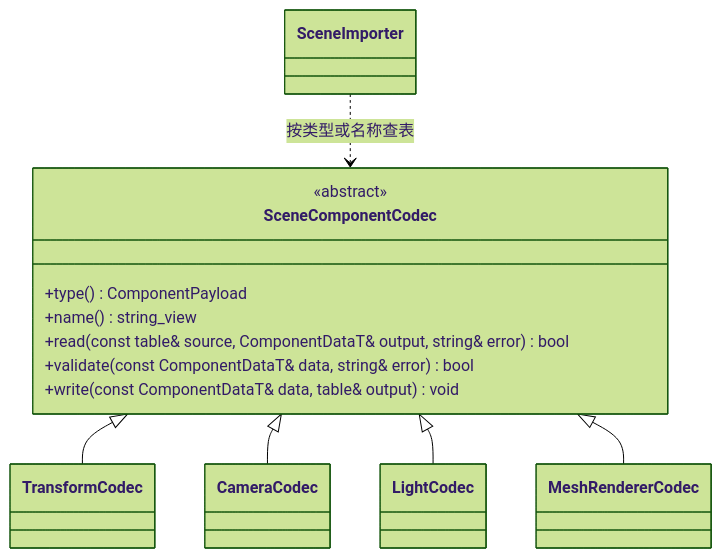
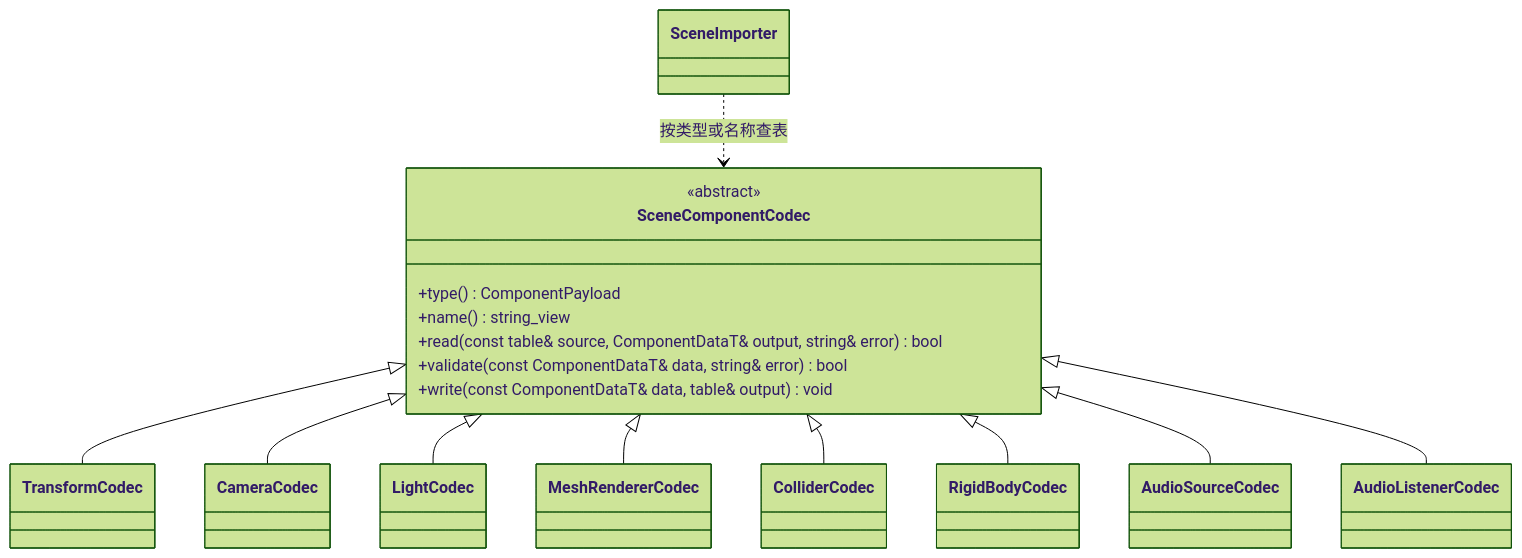
The diagram in docs/editor/class-diagrams/scene-component-codecs.md (lcals/Engine), drawn with Mermaid (forest theme) before and after one commit. The commit also changed other lines of this file and 114 other files, not shown here.

````diff
--- a/docs/editor/class-diagrams/scene-component-codecs.md
+++ b/docs/editor/class-diagrams/scene-component-codecs.md
@@ -5,21 +5,29 @@
 ```mermaid
 classDiagram
     class SceneComponentCodec {
         <<abstract>>
         +type() ComponentPayload
         +name() string_view
         +read(const table& source, ComponentDataT& output, string& error) bool
         +validate(const ComponentDataT& data, string& error) bool
         +write(const ComponentDataT& data, table& output) void
     }
     class TransformCodec
     class CameraCodec
     class LightCodec
     class MeshRendererCodec
+    class ColliderCodec
+    class RigidBodyCodec
+    class AudioSourceCodec
+    class AudioListenerCodec
     class SceneImporter
     SceneComponentCodec <|-- TransformCodec
     SceneComponentCodec <|-- CameraCodec
     SceneComponentCodec <|-- LightCodec
     SceneComponentCodec <|-- MeshRendererCodec
+    SceneComponentCodec <|-- ColliderCodec
+    SceneComponentCodec <|-- RigidBodyCodec
+    SceneComponentCodec <|-- AudioSourceCodec
+    SceneComponentCodec <|-- AudioListenerCodec
     SceneImporter ..> SceneComponentCodec : 按类型或名称查表
 ```
````
